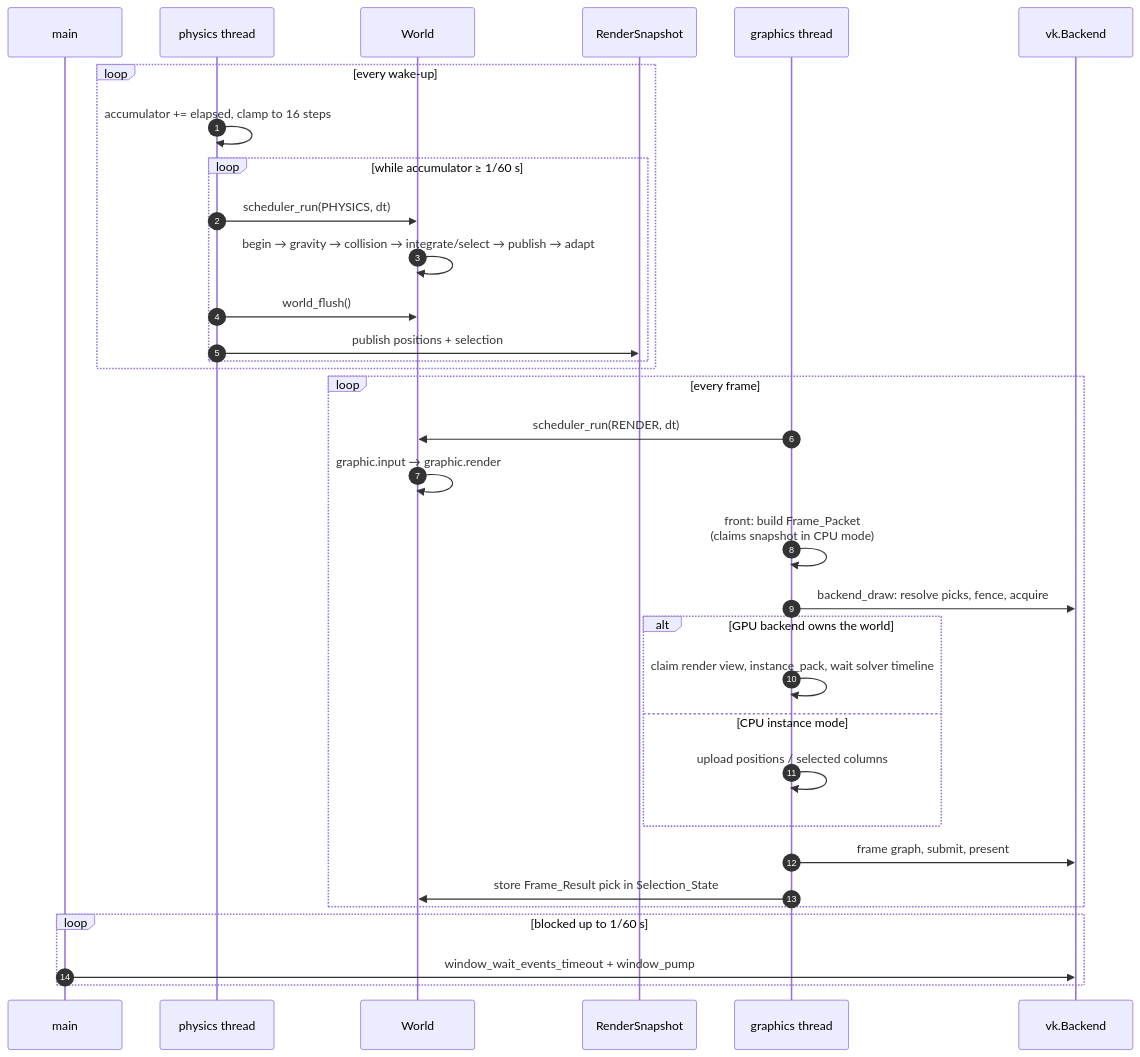
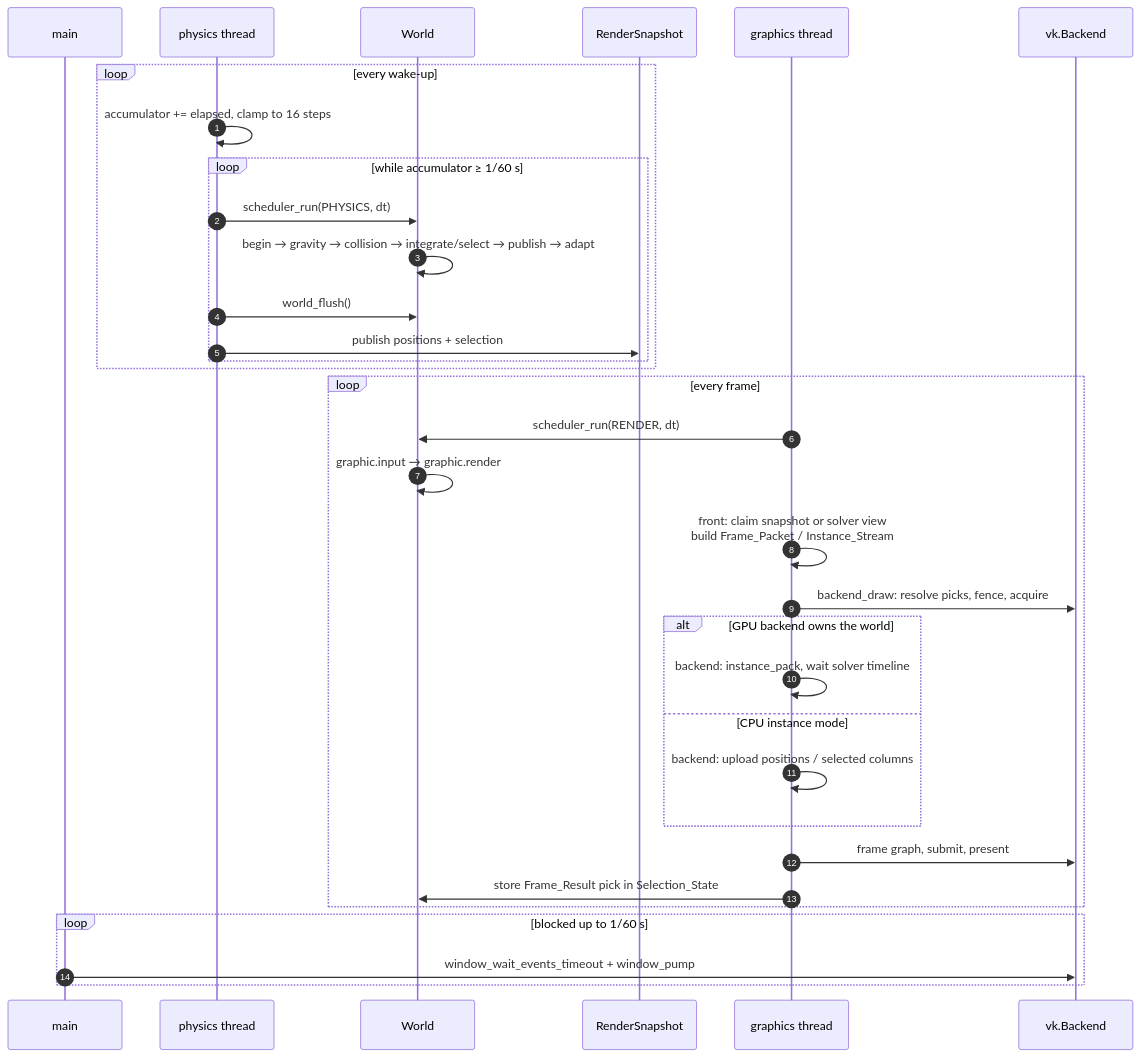
One commit to TanukiConDos/Gravity-Simulator changed the fifth of 7 diagrams in docs/architecture.md. Above: the diagram before and after it, drawn with Mermaid. The commit also changed other lines of this file and 7 other files, not shown here.

First line of the commit message:
docs: four-package graphics split and the ECS-free backend rule

````diff
--- a/docs/architecture.md
+++ b/docs/architecture.md
@@ -191,38 +199,38 @@
 ```mermaid
 sequenceDiagram
     autonumber
     participant M as main
     participant P as physics thread
     participant W as World
     participant S as RenderSnapshot
     participant G as graphics thread
     participant V as vk.Backend
 
     loop every wake-up
         P->>P: accumulator += elapsed, clamp to 16 steps
         loop while accumulator ≥ 1/60 s
             P->>W: scheduler_run(PHYSICS, dt)
             W->>W: begin → gravity → collision → integrate/select → publish → adapt
             P->>W: world_flush()
             P->>S: publish positions + selection
         end
     end
 
     loop every frame
         G->>W: scheduler_run(RENDER, dt)
         W->>W: graphic.input → graphic.render
-        G->>G: front: build Frame_Packet<br/>(claims snapshot in CPU mode)
+        G->>G: front: claim snapshot or solver view<br/>build Frame_Packet / Instance_Stream
         G->>V: backend_draw: resolve picks, fence, acquire
         alt GPU backend owns the world
-            G->>G: claim render view, instance_pack, wait solver timeline
+            G->>G: backend: instance_pack, wait solver timeline
         else CPU instance mode
-            G->>G: upload positions / selected columns
+            G->>G: backend: upload positions / selected columns
         end
         G->>V: frame graph, submit, present
         G->>W: store Frame_Result pick in Selection_State
     end
 
     loop blocked up to 1/60 s
         M->>V: window_wait_events_timeout + window_pump
     end
 ```
````
